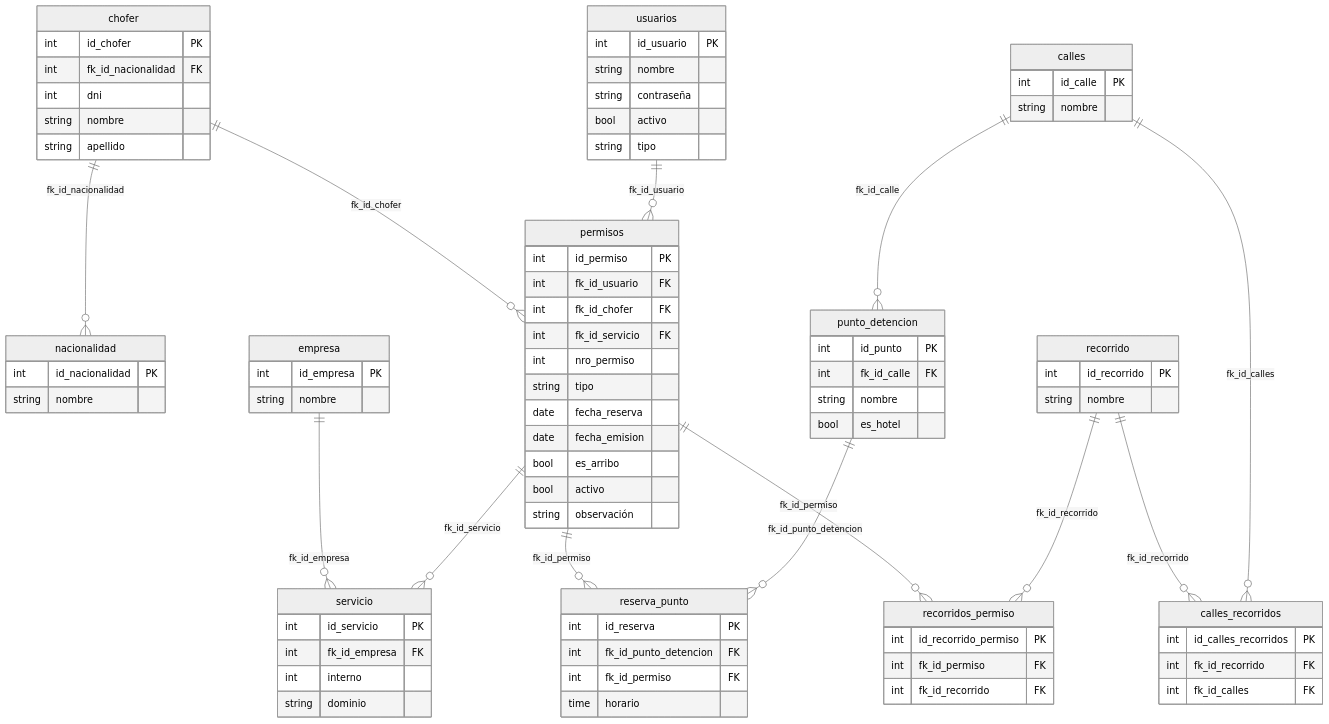
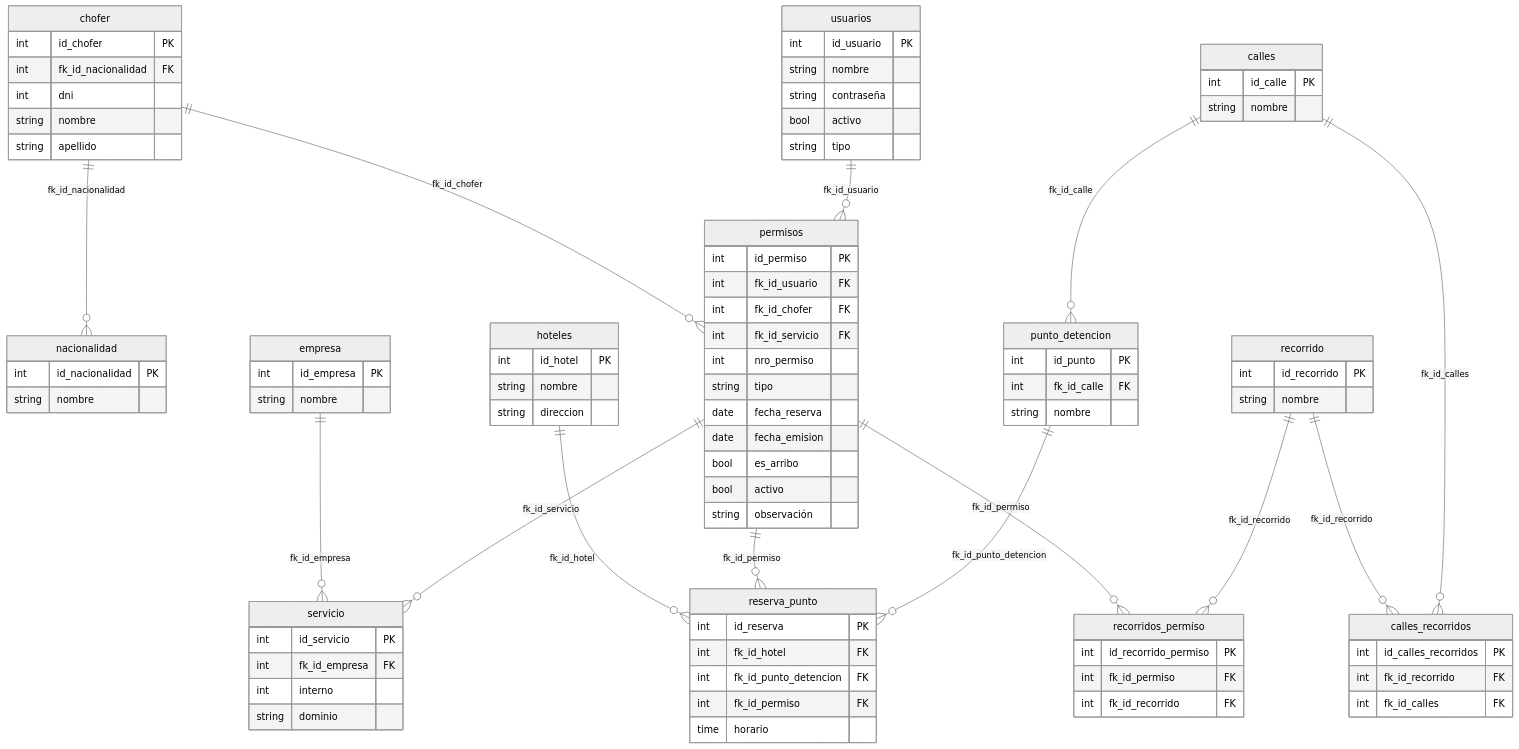
The diagram in readme.md (MSCB-Sistemas/sgpc), drawn with Mermaid (neutral theme) before and after one commit. The commit also changed other lines of this file, not shown here.

Commit message:
Update readme.md
modifique el codigo mermaid para que se adapte a los cambios hechos en el diseño del diagrama de la bd

```diff
--- a/readme.md
+++ b/readme.md
@@ -58,7 +58,6 @@
         int id_punto PK
         int fk_id_calle FK
         string nombre
-        bool es_hotel
     }
 
     recorrido {
@@ -72,8 +71,15 @@
         int fk_id_calles FK
     }
 
+    hoteles {
+        int id_hotel PK
+        string nombre
+        string direccion
+    }
+
     reserva_punto {
         int id_reserva PK
+        int fk_id_hotel FK
         int fk_id_punto_detencion FK
         int fk_id_permiso FK
         time horario
@@ -90,6 +96,7 @@
     empresa ||--o{ servicio : "fk_id_empresa"
     usuarios ||--o{ permisos : "fk_id_usuario"
     permisos ||--o{ servicio : "fk_id_servicio"
+    hoteles ||--o{ reserva_punto : "fk_id_hotel"
     permisos ||--o{ reserva_punto : "fk_id_permiso"
     permisos ||--o{ recorridos_permiso : "fk_id_permiso"
     calles ||--o{ punto_detencion : "fk_id_calle"
```
